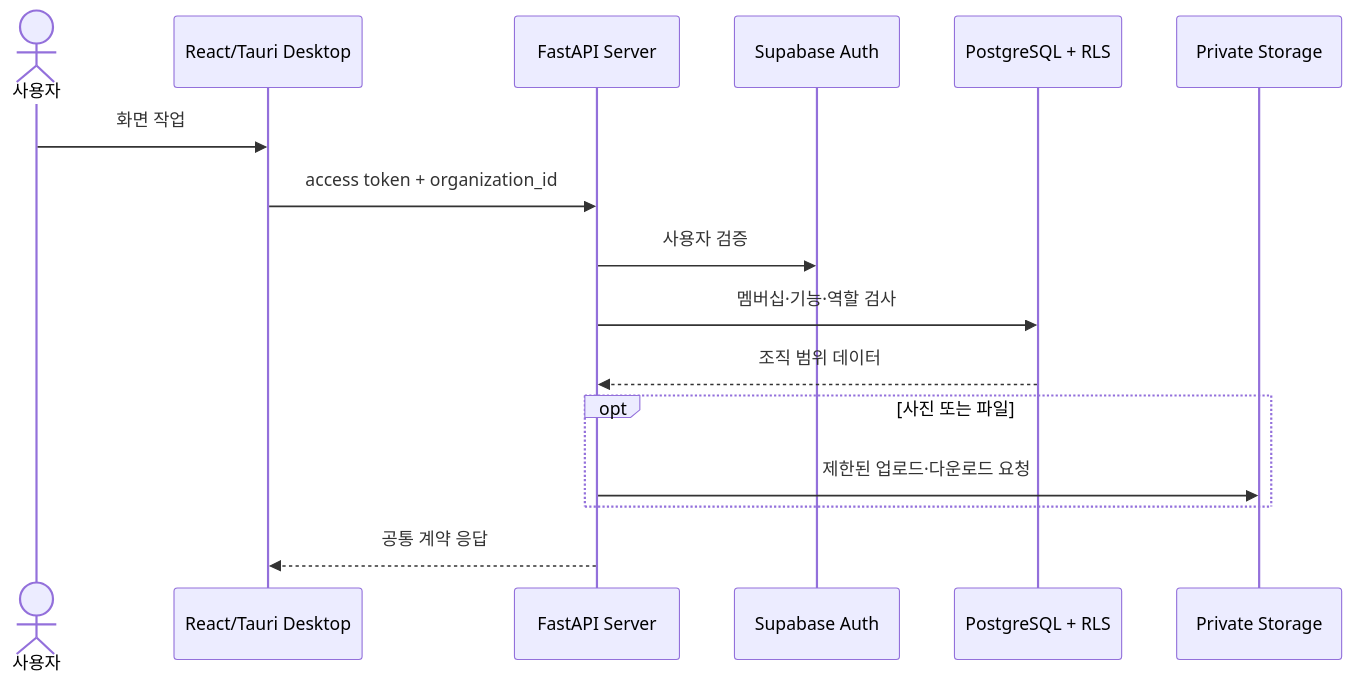
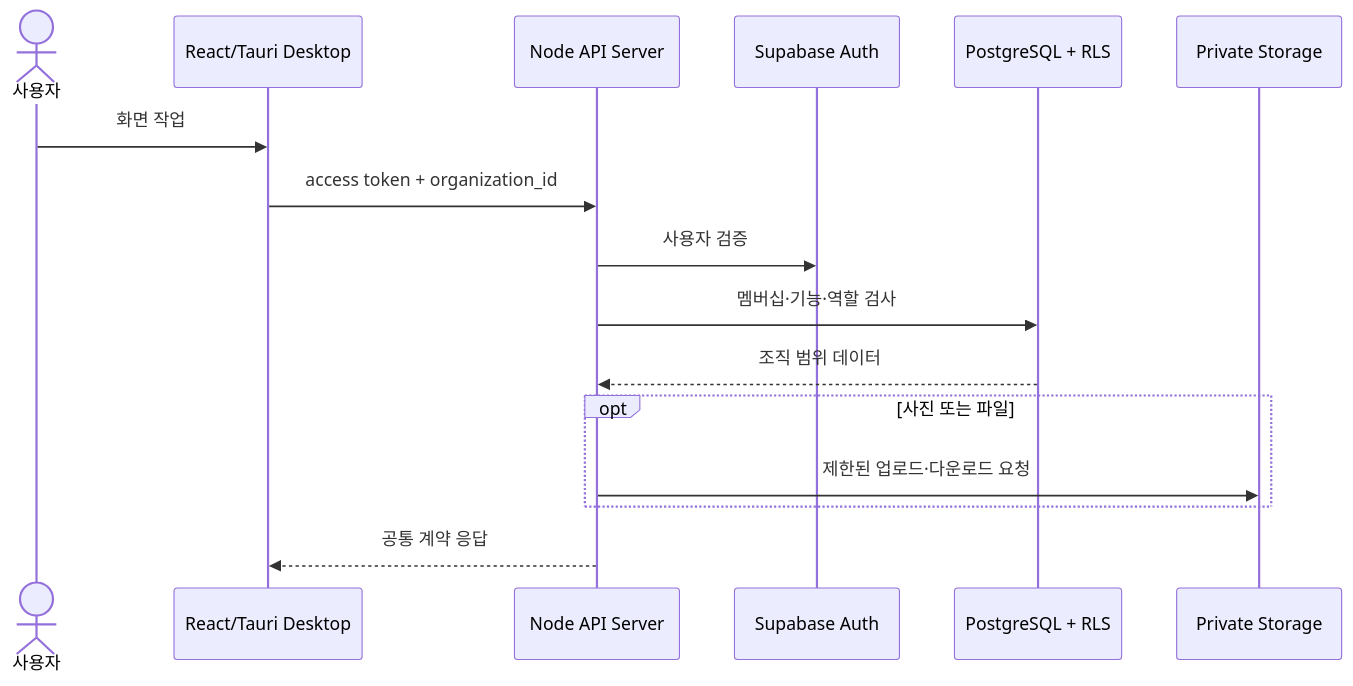
Before and after one commit to MyungSungKim12/business-assistant: the diagram in docs/guide/developer/architecture.md, drawn with Mermaid. The commit also changed other lines of this file and 114 other files, not shown here.

````diff
--- a/docs/guide/developer/architecture.md
+++ b/docs/guide/developer/architecture.md
@@ -23,19 +23,19 @@
 ```mermaid
 sequenceDiagram
   actor User as 사용자
   participant Desktop as React/Tauri Desktop
-  participant API as FastAPI Server
+  participant API as Node API Server
   participant Auth as Supabase Auth
   participant DB as PostgreSQL + RLS
   participant Storage as Private Storage
 
   User->>Desktop: 화면 작업
   Desktop->>API: access token + organization_id
   API->>Auth: 사용자 검증
   API->>DB: 멤버십·기능·역할 검사
   DB-->>API: 조직 범위 데이터
   opt 사진 또는 파일
     API->>Storage: 제한된 업로드·다운로드 요청
   end
   API-->>Desktop: 공통 계약 응답
 ```
````
